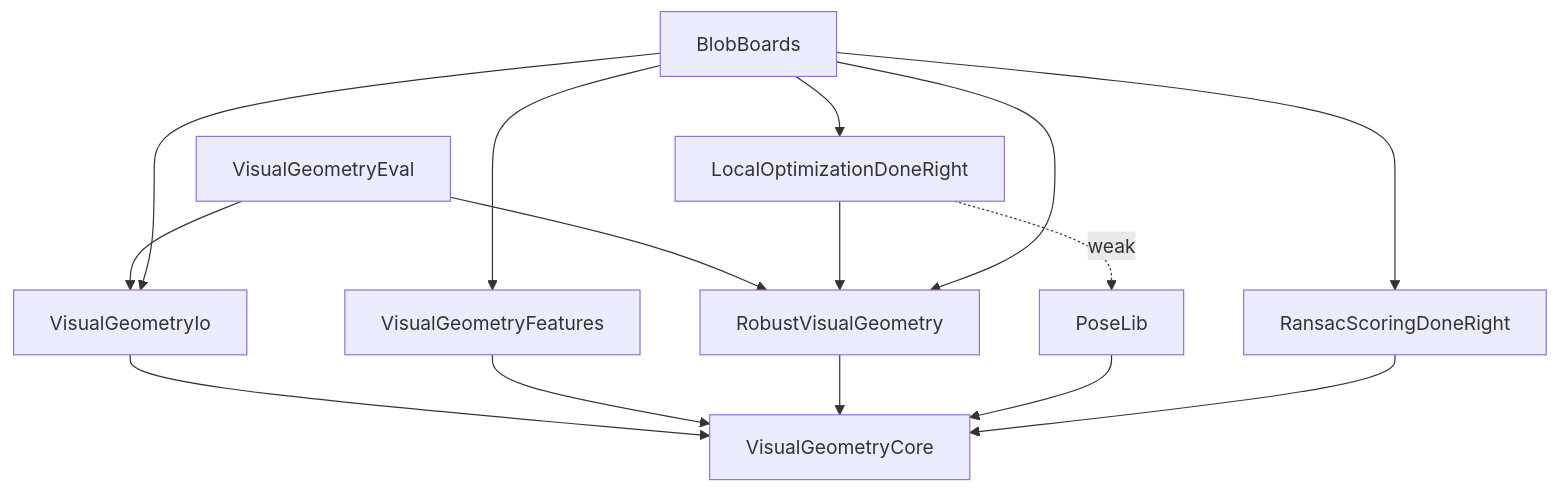
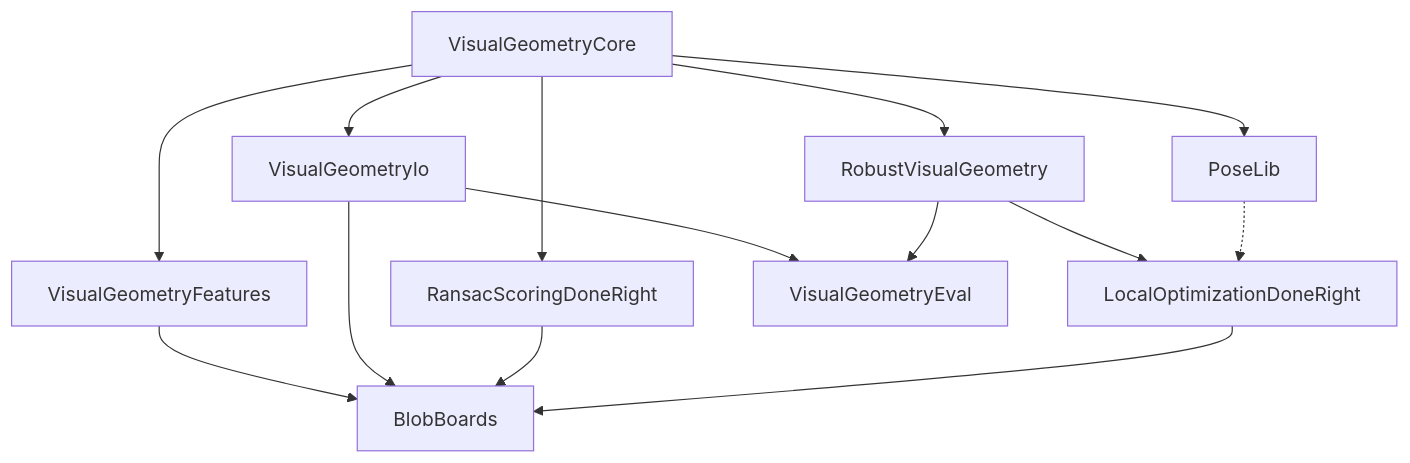
The diagram in README.md (VisualGeometryToolkit/VisualGeometryToolkit.jl), drawn with Mermaid before and after one commit. The commit also changed other lines of this file, not shown here.

Commit message:
README: dependency diagram with VisualGeometryCore at the top, arrows down to the packages that build on it
- the edge label "weak" is gone (edges crossed it); the optional PoseLib edge is dashed
- BlobBoards -> RobustVisualGeometry is dropped, implied through LocalOptimizationDoneRight
- nodes and edges are declared top tier first, to steer the layout

````diff
--- a/README.md
+++ b/README.md
@@ -33,27 +33,26 @@
 ```mermaid
 graph TD
     VGC["VisualGeometryCore"]
+    VGF["VisualGeometryFeatures"]
     VGIO["VisualGeometryIo"]
-    VGF["VisualGeometryFeatures"]
     RVG["RobustVisualGeometry"]
-    VGE["VisualGeometryEval"]
     PL["PoseLib"]
     RSDR["RansacScoringDoneRight"]
     LODR["LocalOptimizationDoneRight"]
+    VGE["VisualGeometryEval"]
     BB["BlobBoards"]
 
-    VGIO --> VGC
-    VGF --> VGC
-    RVG --> VGC
-    PL --> VGC
-    RSDR --> VGC
-    VGE --> VGIO
-    VGE --> RVG
-    LODR --> RVG
-    LODR -. weak .-> PL
-    BB --> VGIO
-    BB --> VGF
-    BB --> RVG
-    BB --> RSDR
-    BB --> LODR
+    VGC --> VGF
+    VGC --> VGIO
+    VGC --> RVG
+    VGC --> PL
+    VGC --> RSDR
+    VGIO --> VGE
+    RVG --> VGE
+    RVG --> LODR
+    PL -.-> LODR
+    VGF --> BB
+    VGIO --> BB
+    RSDR --> BB
+    LODR --> BB
 ```
````
